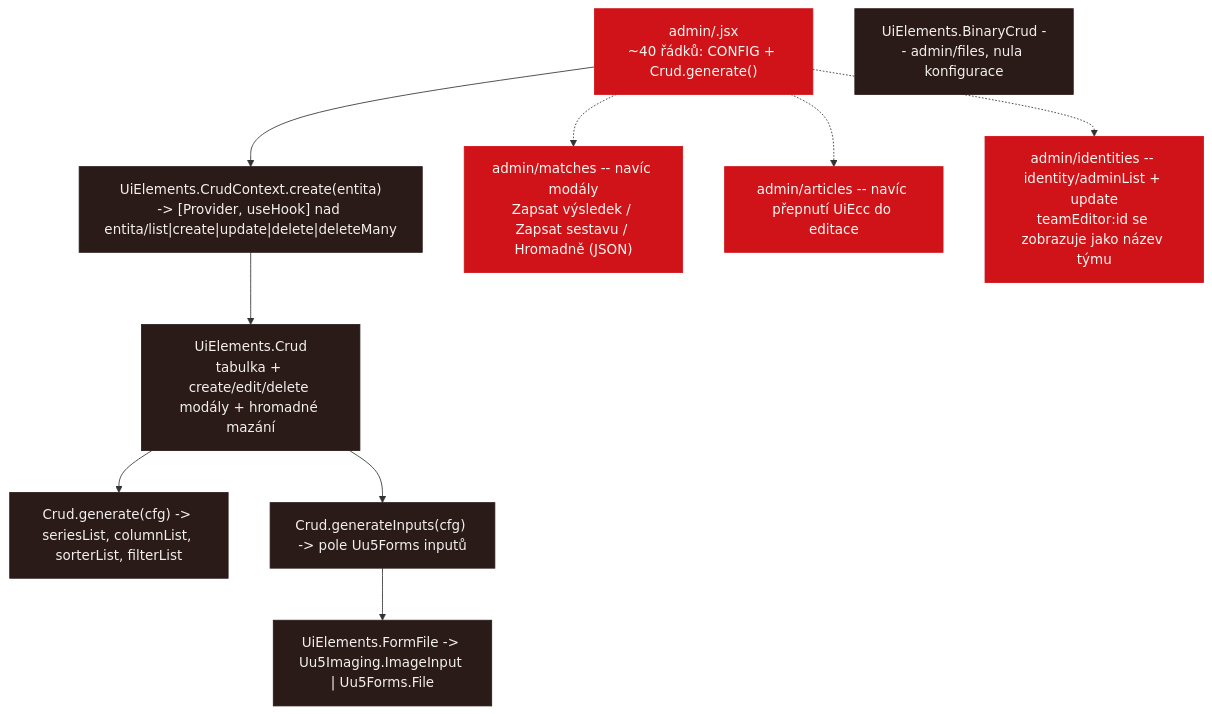
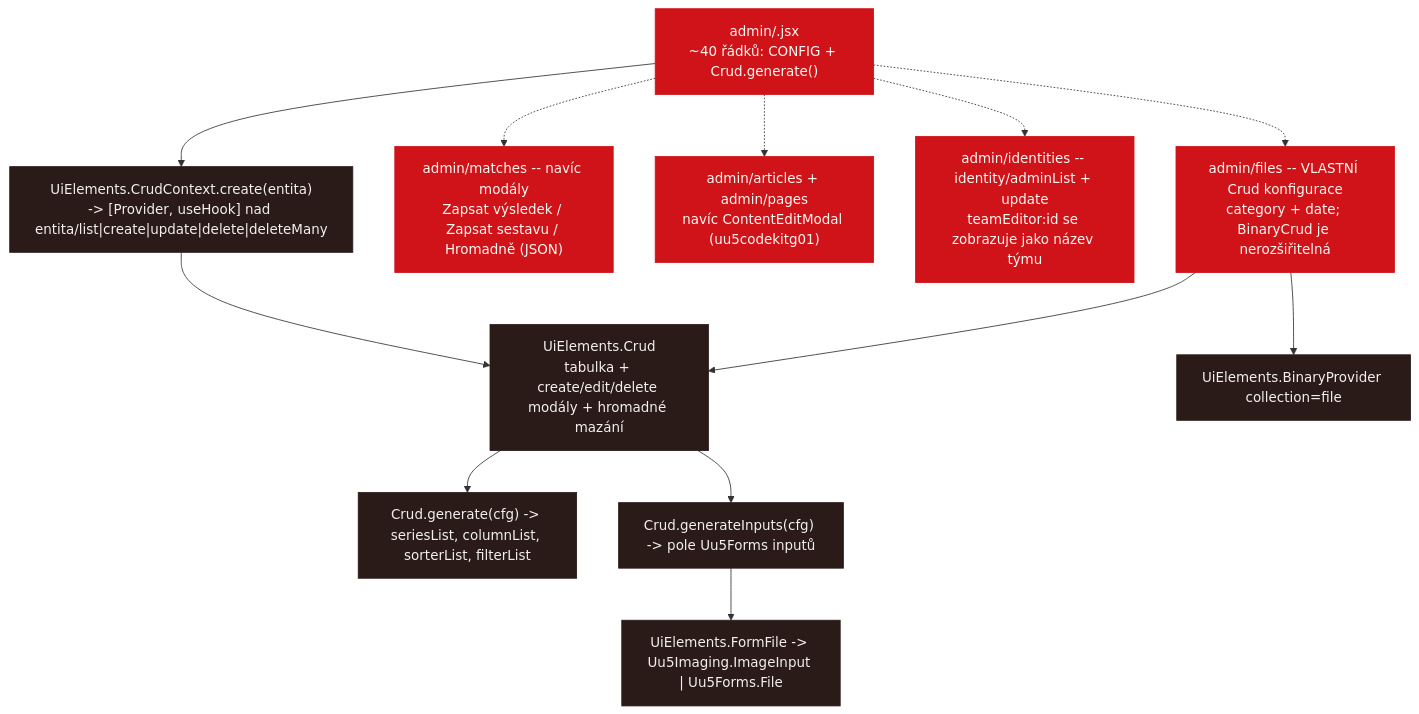
The tenth of 10 diagrams in design/component-tree.md (capo00/afkbratcice), drawn with Mermaid before and after one commit. The commit also changed other lines of this file and 7 other files, not shown here.

````diff
--- a/design/component-tree.md
+++ b/design/component-tree.md
@@ -430,22 +451,25 @@
 ```mermaid
 flowchart TD
   gen["admin/<entita>.jsx<br/>~40 řádků: CONFIG + Crud.generate()"]:::own
   ctx["UiElements.CrudContext.create(entita)<br/>-> [Provider, useHook] nad entita/list|create|update|delete|deleteMany"]:::caio
   crud["UiElements.Crud<br/>tabulka + create/edit/delete modály + hromadné mazání"]:::caio
   gencol["Crud.generate(cfg) -> seriesList, columnList, sorterList, filterList"]:::caio
   geninp["Crud.generateInputs(cfg) -> pole Uu5Forms inputů"]:::caio
   ff["UiElements.FormFile -> Uu5Imaging.ImageInput | Uu5Forms.File"]:::caio
-  bcrud["UiElements.BinaryCrud -- admin/files, nula konfigurace"]:::caio
+  bprov["UiElements.BinaryProvider collection=file"]:::caio
 
   spec1["admin/matches -- navíc modály<br/>Zapsat výsledek / Zapsat sestavu / Hromadně (JSON)"]:::own
-  spec2["admin/articles -- navíc přepnutí UiEcc do editace"]:::own
+  spec2["admin/articles + admin/pages<br/>navíc ContentEditModal (uu5codekitg01)"]:::own
   spec3["admin/identities -- identity/adminList + update<br/>teamEditor:id se zobrazuje jako název týmu"]:::own
+  spec4["admin/files -- VLASTNÍ Crud konfigurace<br/>category + date; BinaryCrud je nerozšiřitelná"]:::own
 
   gen --> ctx --> crud
   crud --> gencol & geninp
   geninp --> ff
-  gen -.-> spec1 & spec2 & spec3
+  spec4 --> bprov
+  spec4 --> crud
+  gen -.-> spec1 & spec2 & spec3 & spec4
 
   classDef own fill:#D01319,color:#FEF7F2,stroke:#D01319
   classDef caio fill:#2A1B19,color:#F3EFED,stroke:#2A1B19
 ```
````
